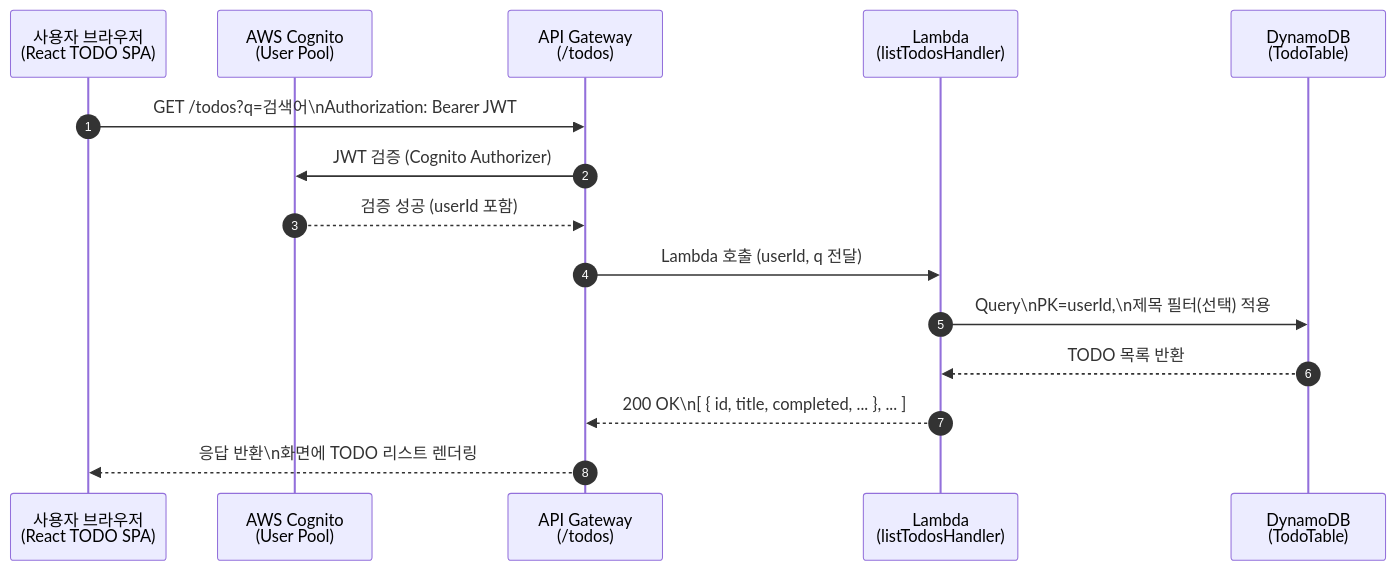
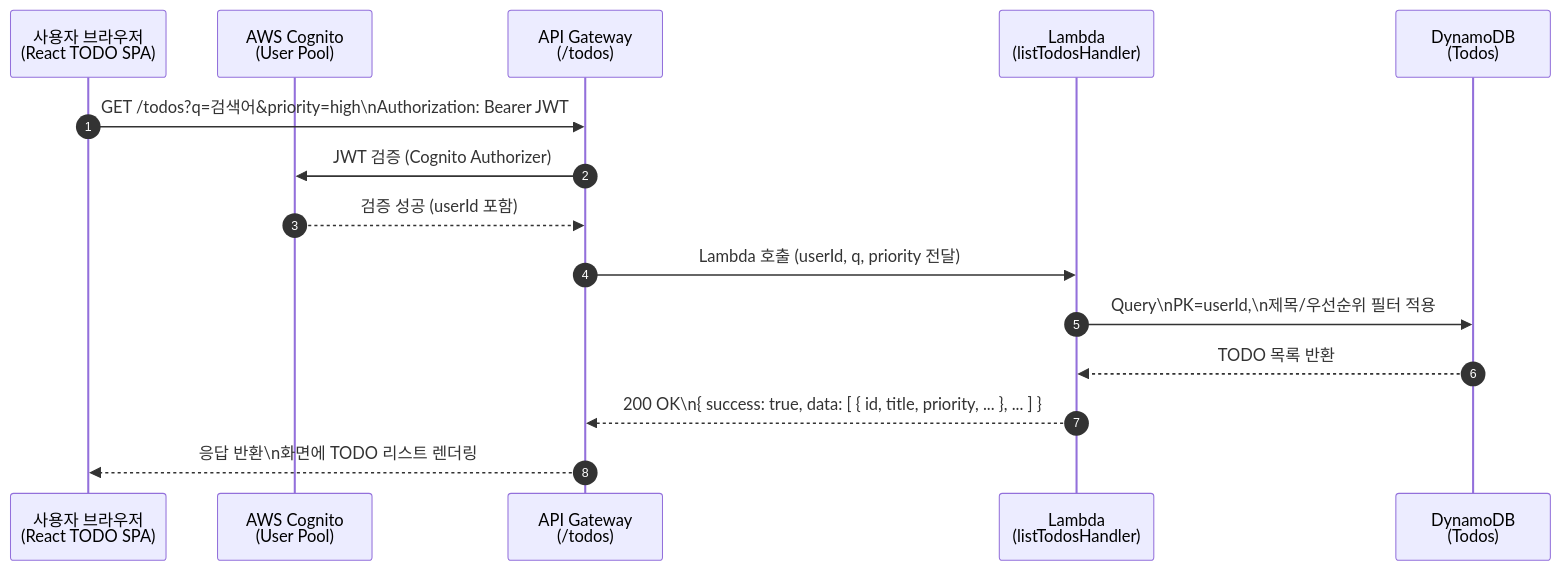
Before and after one commit to NoTaeGwon/practice-vibecoding-demo: the second of 2 diagrams in docs/design.md, drawn with Mermaid. The commit also changed other lines of this file and 8 other files, not shown here.

````diff
--- a/docs/design.md
+++ b/docs/design.md
@@ -260,21 +386,21 @@
 ```mermaid
 sequenceDiagram
     autonumber
 
     participant U as 사용자 브라우저<br/>(React TODO SPA)
     participant C as AWS Cognito<br/>(User Pool)
     participant G as API Gateway<br/>(/todos)
     participant L as Lambda<br/>(listTodosHandler)
-    participant D as DynamoDB<br/>(TodoTable)
+    participant D as DynamoDB<br/>(Todos)
 
-    U->>G: GET /todos?q=검색어\nAuthorization: Bearer JWT
+    U->>G: GET /todos?q=검색어&priority=high\nAuthorization: Bearer JWT
     G->>C: JWT 검증 (Cognito Authorizer)
     C-->>G: 검증 성공 (userId 포함)
 
-    G->>L: Lambda 호출 (userId, q 전달)
-    L->>D: Query\nPK=userId,\n제목 필터(선택) 적용
+    G->>L: Lambda 호출 (userId, q, priority 전달)
+    L->>D: Query\nPK=userId,\n제목/우선순위 필터 적용
     D-->>L: TODO 목록 반환
 
-    L-->>G: 200 OK\n[ { id, title, completed, ... }, ... ]
+    L-->>G: 200 OK\n{ success: true, data: [ { id, title, priority, ... }, ... ] }
     G-->>U: 응답 반환\n화면에 TODO 리스트 렌더링
 ```
````
